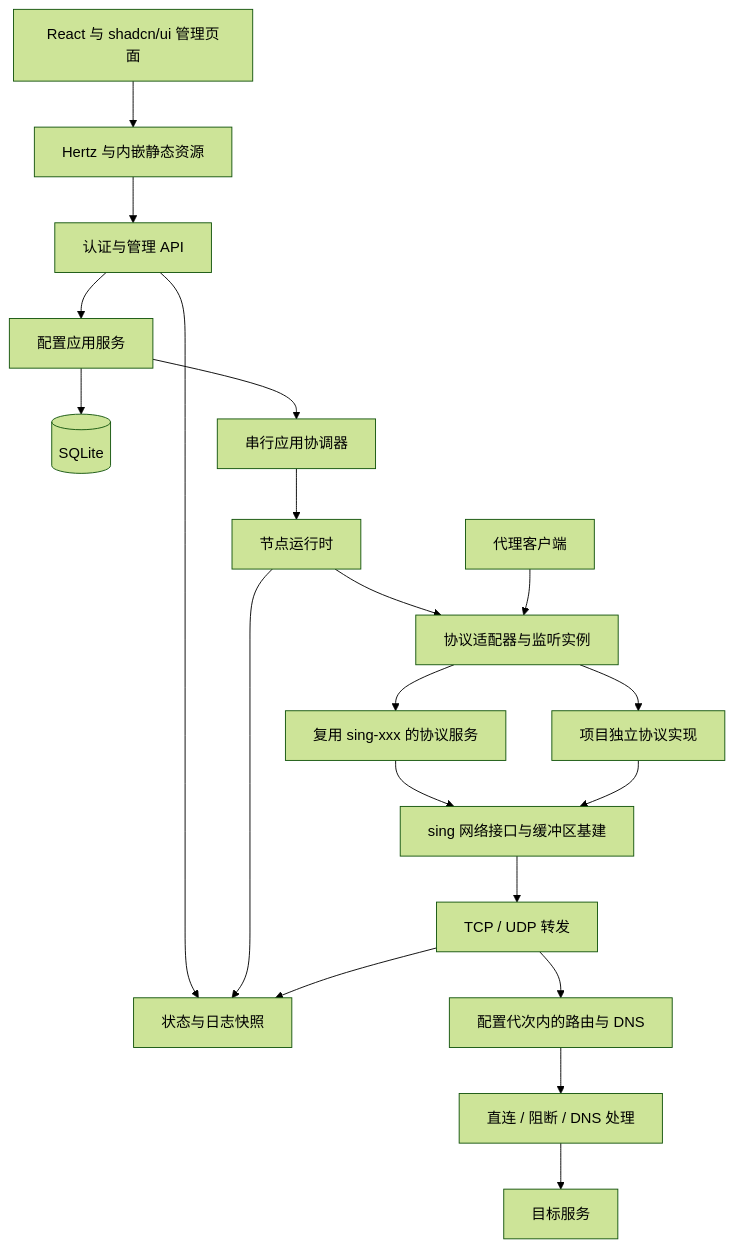
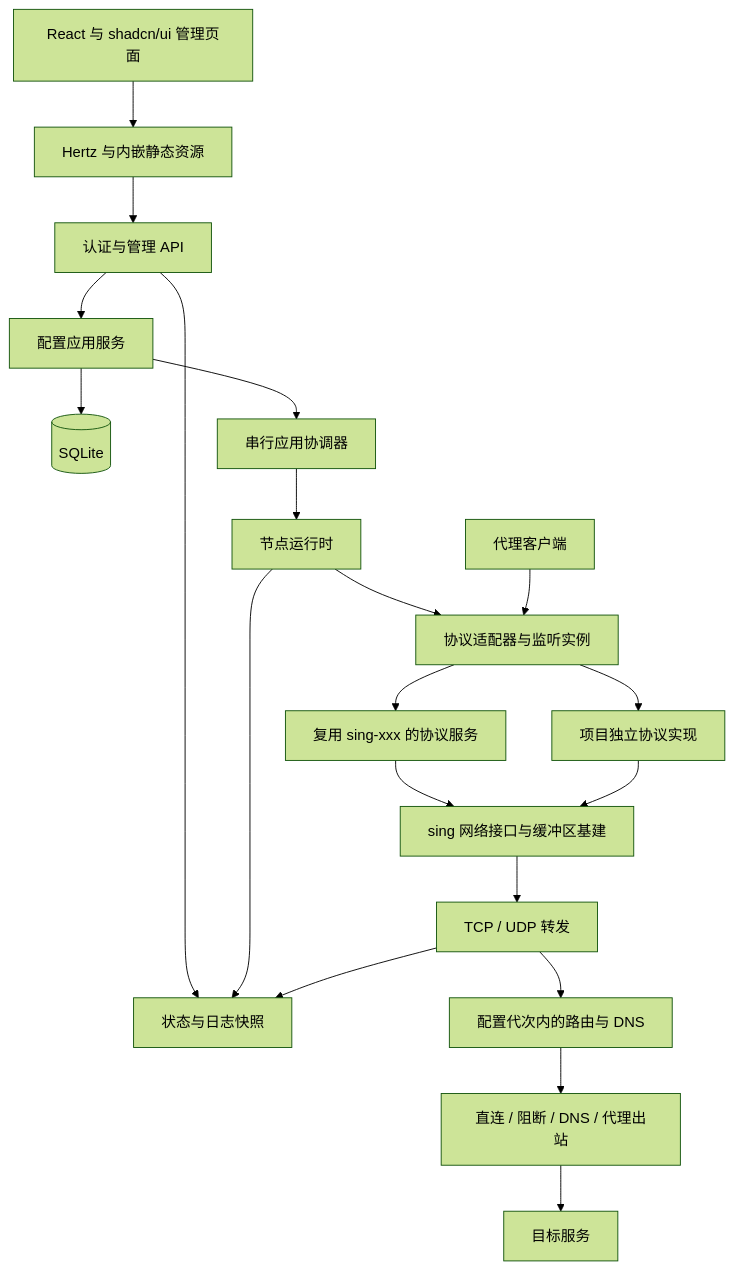
One commit to Ember-Moth/Lunaris changed the diagram in docs/architecture.md. Above: the diagram before and after it, drawn with Mermaid (forest theme). The commit also changed other lines of this file and 28 other files, not shown here.

````diff
--- a/docs/architecture.md
+++ b/docs/architecture.md
@@ -40,22 +40,22 @@
 ```mermaid
 flowchart TB
     Browser[React 与 shadcn/ui 管理页面] --> HTTP[Hertz 与内嵌静态资源]
     HTTP --> Admin[认证与管理 API]
     Admin --> Config[配置应用服务]
     Admin --> Observe[状态与日志快照]
     Config --> Store[(SQLite)]
     Config --> Coordinator[串行应用协调器]
     Coordinator --> Runtime[节点运行时]
     Runtime --> Adapter[协议适配器与监听实例]
     Client[代理客户端] --> Adapter
     Adapter --> Library[复用 sing-xxx 的协议服务]
     Adapter --> Native[项目独立协议实现]
     Library --> Sing[sing 网络接口与缓冲区基建]
     Native --> Sing
     Sing --> Relay[TCP / UDP 转发]
     Relay --> Policy[配置代次内的路由与 DNS]
-    Policy --> Egress[直连 / 阻断 / DNS 处理]
+    Policy --> Egress[直连 / 阻断 / DNS / 代理出站]
     Egress --> Destination[目标服务]
     Runtime --> Observe
     Relay --> Observe
 ```
````
